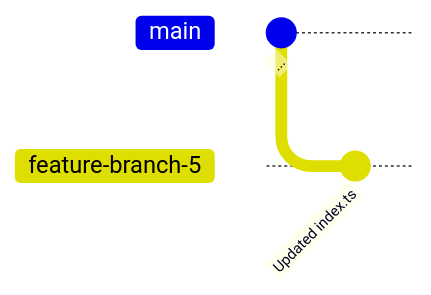
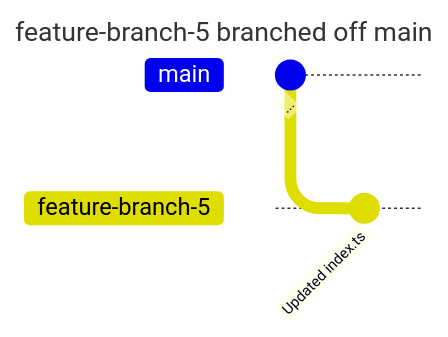
The first of 7 diagrams in exercise-4/README.md (nerdschoolbergen/git), drawn with Mermaid before and after one commit. The commit also changed other lines of this file and 17 other files, not shown here.

````diff
--- a/exercise-4/README.md
+++ b/exercise-4/README.md
@@ -19,6 +19,9 @@
 ```mermaid
+---
+title: feature-branch-5 branched off main
+---
 gitGraph
    commit id: "..."
    branch feature-branch-5
    commit id: "Updated index.ts"
 ```
````
